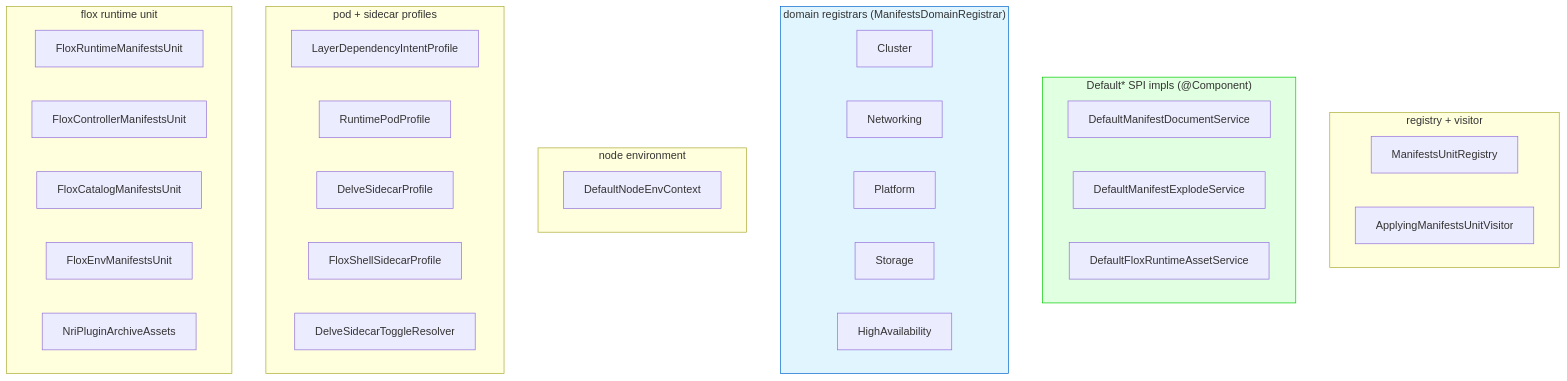
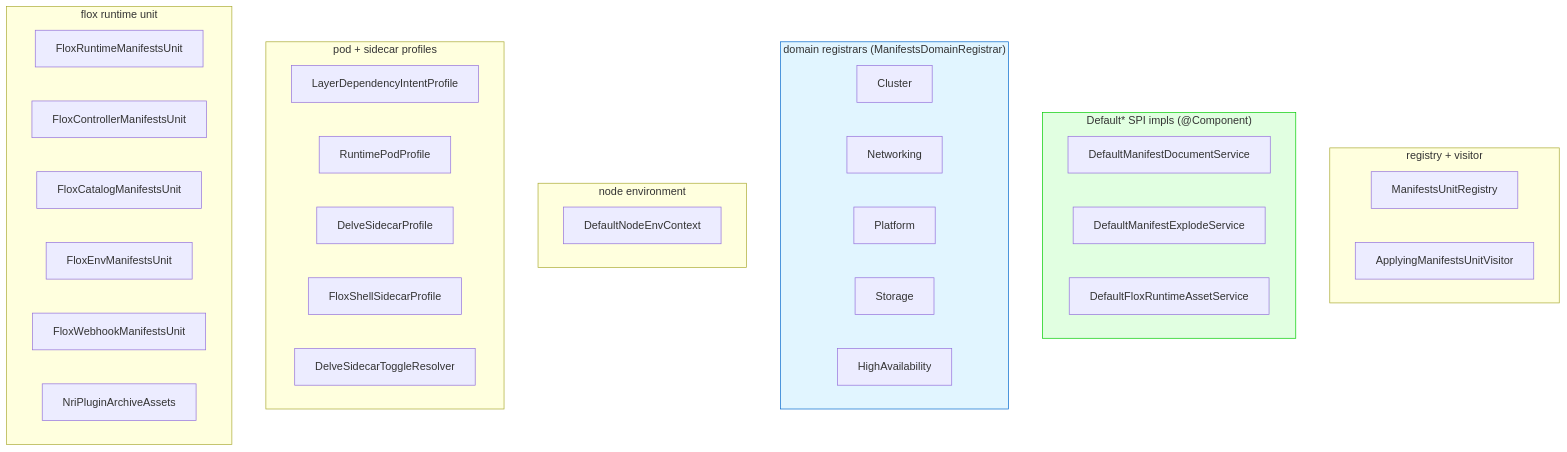
Before and after one commit to nxmatic/rke2lab: the sixth of 6 diagrams in docs/architecture/manifests/manifests-architecture.adoc, drawn with Mermaid. The commit also changed other lines of this file and 15 other files, not shown here.

First line of the commit message:
feat(flox-webhook): serving cert (cluster-pki server-ca) + mutating webhook

```diff
--- a/docs/architecture/manifests/manifests-architecture.adoc
+++ b/docs/architecture/manifests/manifests-architecture.adoc
@@ -536,39 +536,40 @@
 [mermaid]
 ----
 graph TB
     subgraph reg["registry + visitor"]
       RG["ManifestsUnitRegistry"]
       VIS["ApplyingManifestsUnitVisitor"]
     end
     subgraph svc["Default* SPI impls (@Component)"]
       DDOC["DefaultManifestDocumentService"]
       DEXP["DefaultManifestExplodeService"]
       DFLOX["DefaultFloxRuntimeAssetService"]
     end
     subgraph regs["domain registrars (ManifestsDomainRegistrar)"]
       RC["Cluster"]
       RN["Networking"]
       RP["Platform"]
       RS["Storage"]
       RH["HighAvailability"]
     end
     subgraph node["node environment"]
       DNEC["DefaultNodeEnvContext"]
     end
     subgraph prof["pod + sidecar profiles"]
       LDIP["LayerDependencyIntentProfile"]
       RPP["RuntimePodProfile"]
       DSP["DelveSidecarProfile"]
       FSSP["FloxShellSidecarProfile"]
       DSTR["DelveSidecarToggleResolver"]
     end
     subgraph flox["flox runtime unit"]
       FRMU["FloxRuntimeManifestsUnit"]
       FCMU["FloxControllerManifestsUnit"]
       FFCU["FloxCatalogManifestsUnit"]
       FEMU["FloxEnvManifestsUnit"]
+      FWMU["FloxWebhookManifestsUnit"]
       NRI["NriPluginArchiveAssets"]
     end
     style svc fill:#e1ffe1,stroke:#00cc00
     style regs fill:#e1f5ff,stroke:#0066cc
 ----
```
